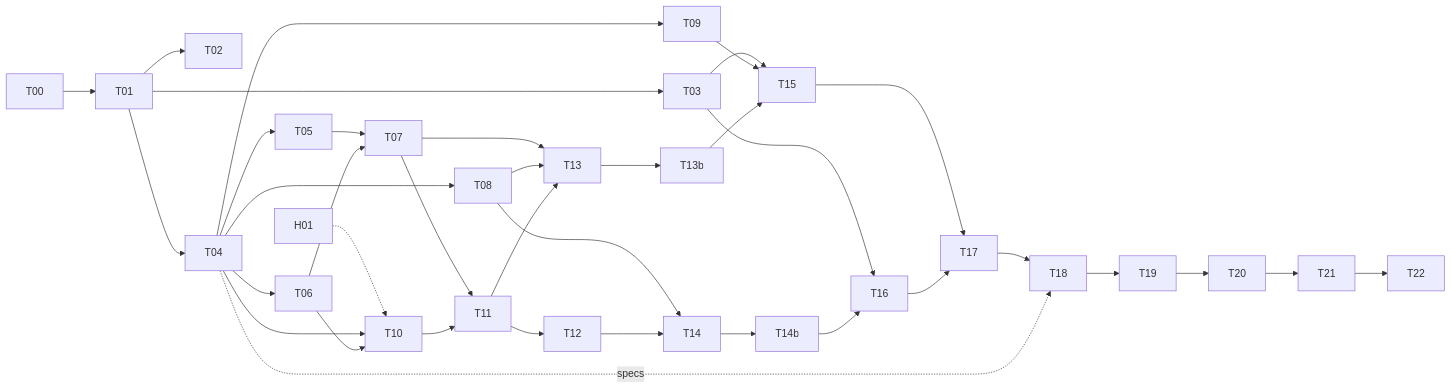
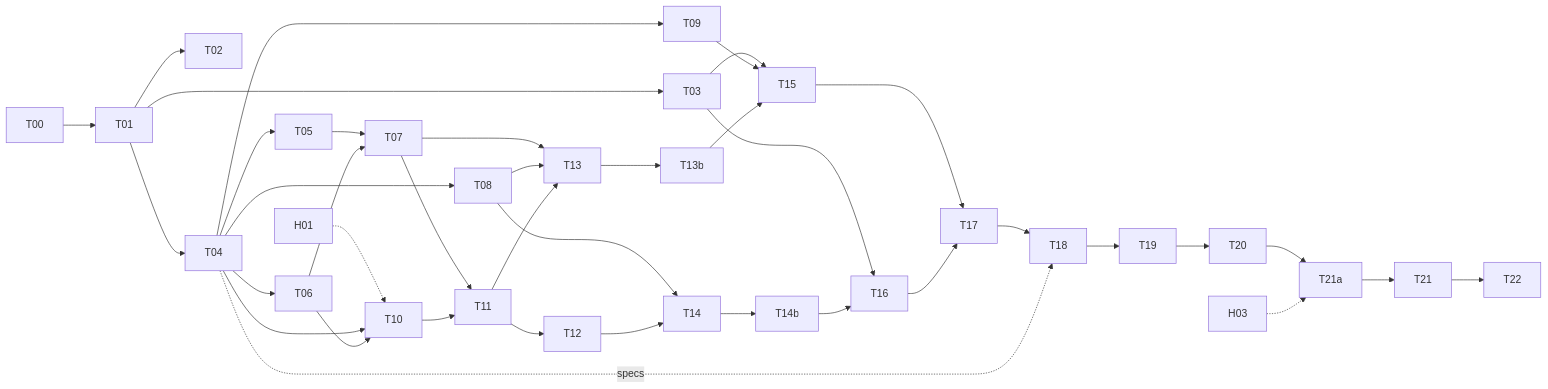
One commit to 1b13orzechowski/jsystems-ai-programming-2026-11 changed the diagram in docs/plans/poc-implementation-plan.md. Above: the diagram before and after it, drawn with Mermaid. The commit also changed other lines of this file, not shown here.

````diff
--- a/docs/plans/poc-implementation-plan.md
+++ b/docs/plans/poc-implementation-plan.md
@@ -110,15 +111,16 @@
 ```mermaid
 flowchart LR
   T00 --> T01 --> T02 & T03 & T04
   H01 -.-> T10
   T04 --> T05 & T06 & T08 & T09
   T05 & T06 --> T07
   T04 & T06 --> T10
   T07 & T10 --> T11 --> T12
   T07 & T08 & T11 --> T13 --> T13b
   T08 & T12 --> T14 --> T14b
   T03 & T09 & T13b --> T15
   T03 & T14b --> T16
-  T15 & T16 --> T17 --> T18 --> T19 --> T20 --> T21 --> T22
+  T15 & T16 --> T17 --> T18 --> T19 --> T20 --> T21a --> T21 --> T22
+  H03 -.-> T21a
   T04 -.specs.-> T18
 ```
````
